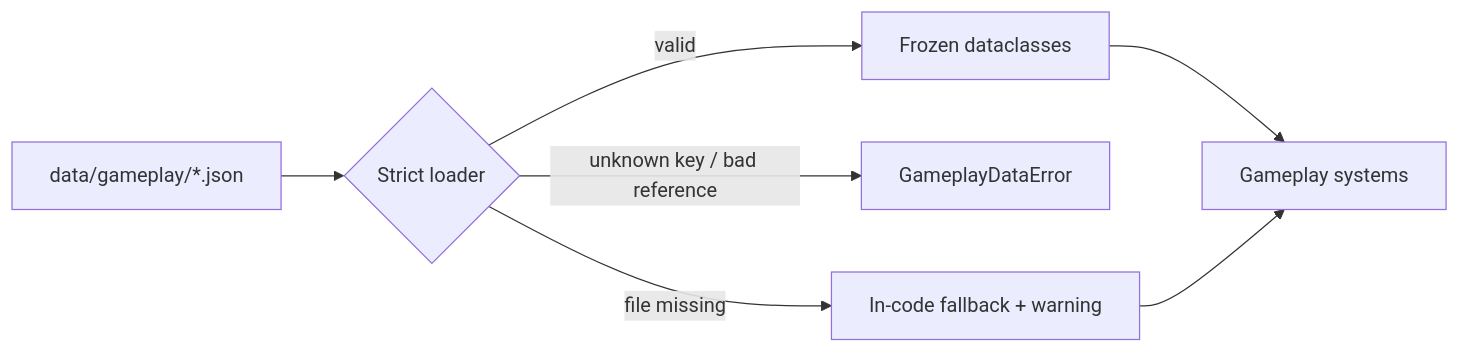
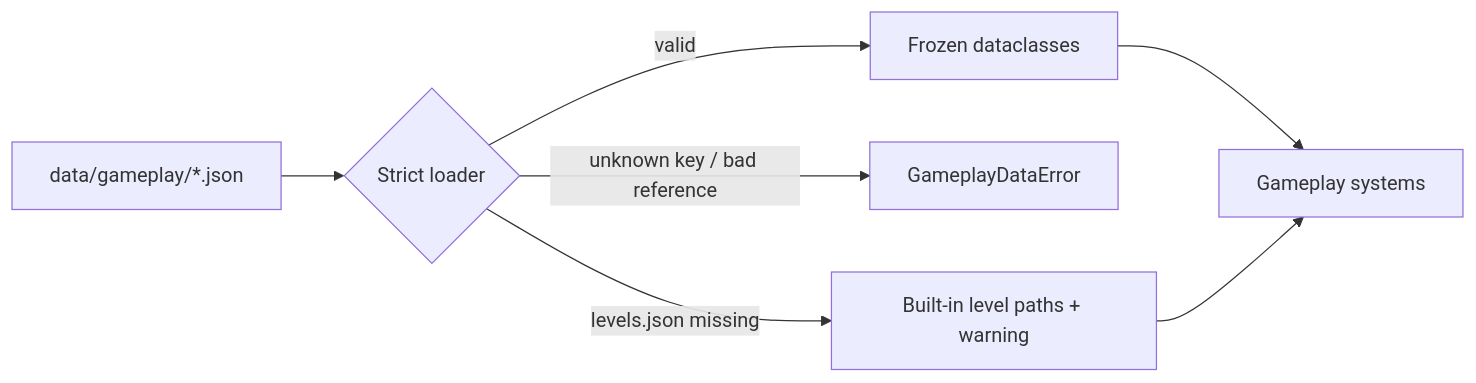
One commit to epitexam/knightrock changed the diagram in docs/product/gameplay-data.md. Above: the diagram before and after it, drawn with Mermaid. The commit also changed other lines of this file and 9 other files, not shown here.

````diff
--- a/docs/product/gameplay-data.md
+++ b/docs/product/gameplay-data.md
@@ -7,9 +7,9 @@
 ```mermaid
 flowchart LR
     J[data/gameplay/*.json] --> L{Strict loader}
     L -->|valid| F[Frozen dataclasses]
     L -->|unknown key / bad reference| E[GameplayDataError]
-    L -->|file missing| D[In-code fallback + warning]
+    L -->|levels.json missing| D[Built-in level paths + warning]
     F --> G[Gameplay systems]
     D --> G
 ```
````
